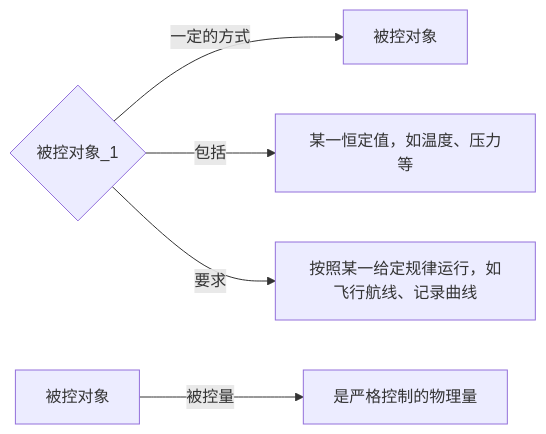
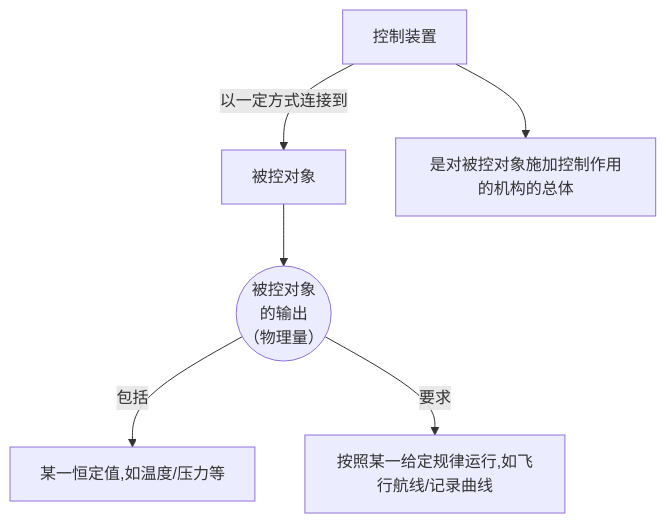
One commit to pigeon0206here/AutomaticControl changed the diagram in Note/NotePreview.md. Above: the diagram before and after it, drawn with Mermaid. The commit also changed other lines of this file, not shown here.

Commit message:
增加mermaid的使用介绍（csdn版）的网址。

````diff
--- a/Note/NotePreview.md
+++ b/Note/NotePreview.md
@@ -22,15 +22,16 @@
    ```mermaid
-   graph LR
-   B[被控对象]
-   C[控制装置]
-   C[控制装置] -->|一定的方式| B[被控对象]
+   graph TD 
 
-   X[被控对象]
-   Y[严格控制的物理量]
-   X[被控对象] -->|被控量| Y[是严格控制的物理量]
+   A["控制装置"] --> |"以一定方式连接到"|B["被控对象"]
+   A --> C[是对被控对象施加控制作用的机构的总体]
+
    
 
-   C{被控对象_1} --> |包括| D[某一恒定值，如温度、压力等]
+   B --> D
+   E[某一恒定值,如温度/压力等]
+   D(("被控对象
+   的输出
+   （物理量）")) -->|包括| E[某一恒定值,如温度/压力等]
+   D --> |要求| G[按照某一给定规律运行,如飞行航线/记录曲线]
 
-   C{被控对象_1} --> |要求| E[按照某一给定规律运行，如飞行航线、记录曲线]
    ```
````
